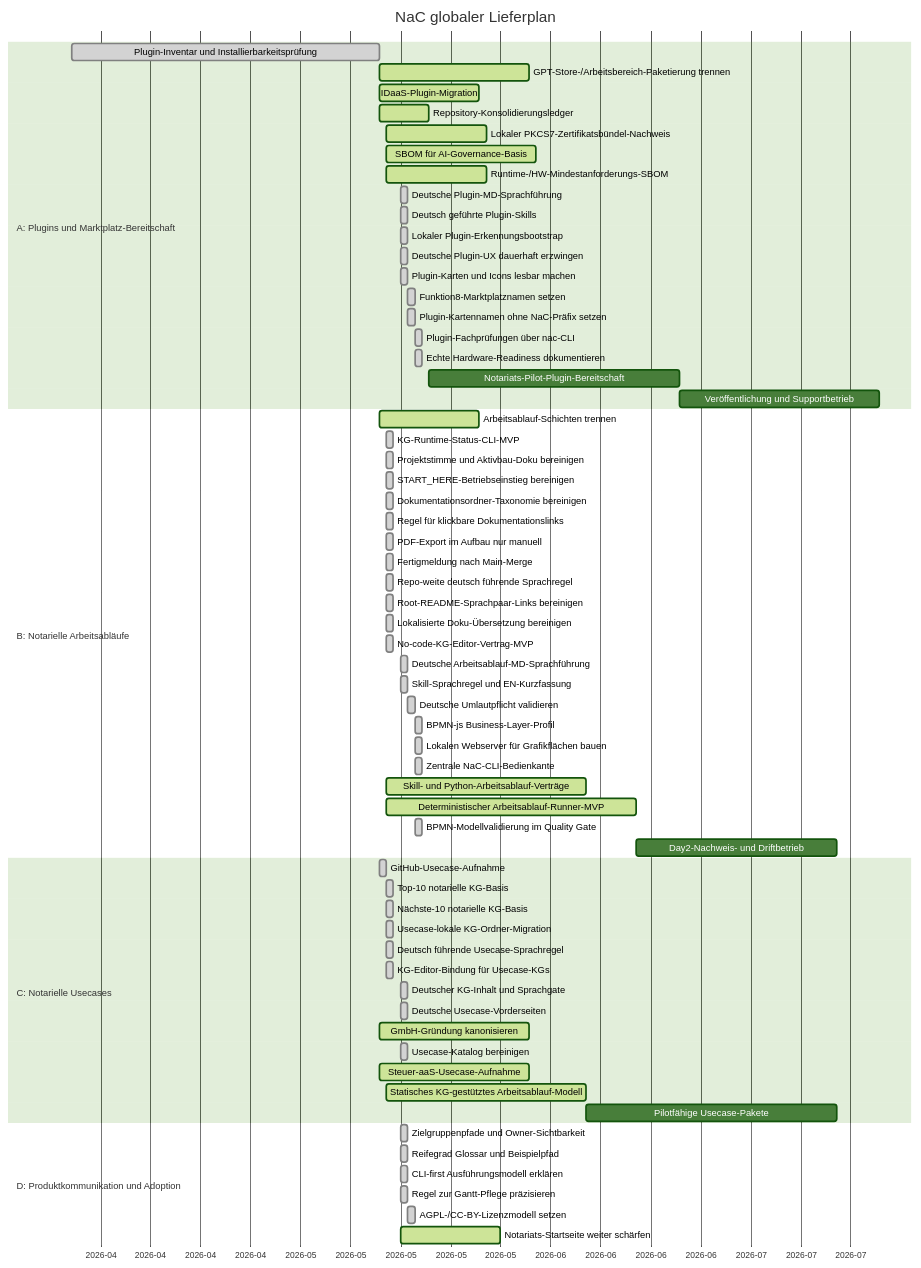
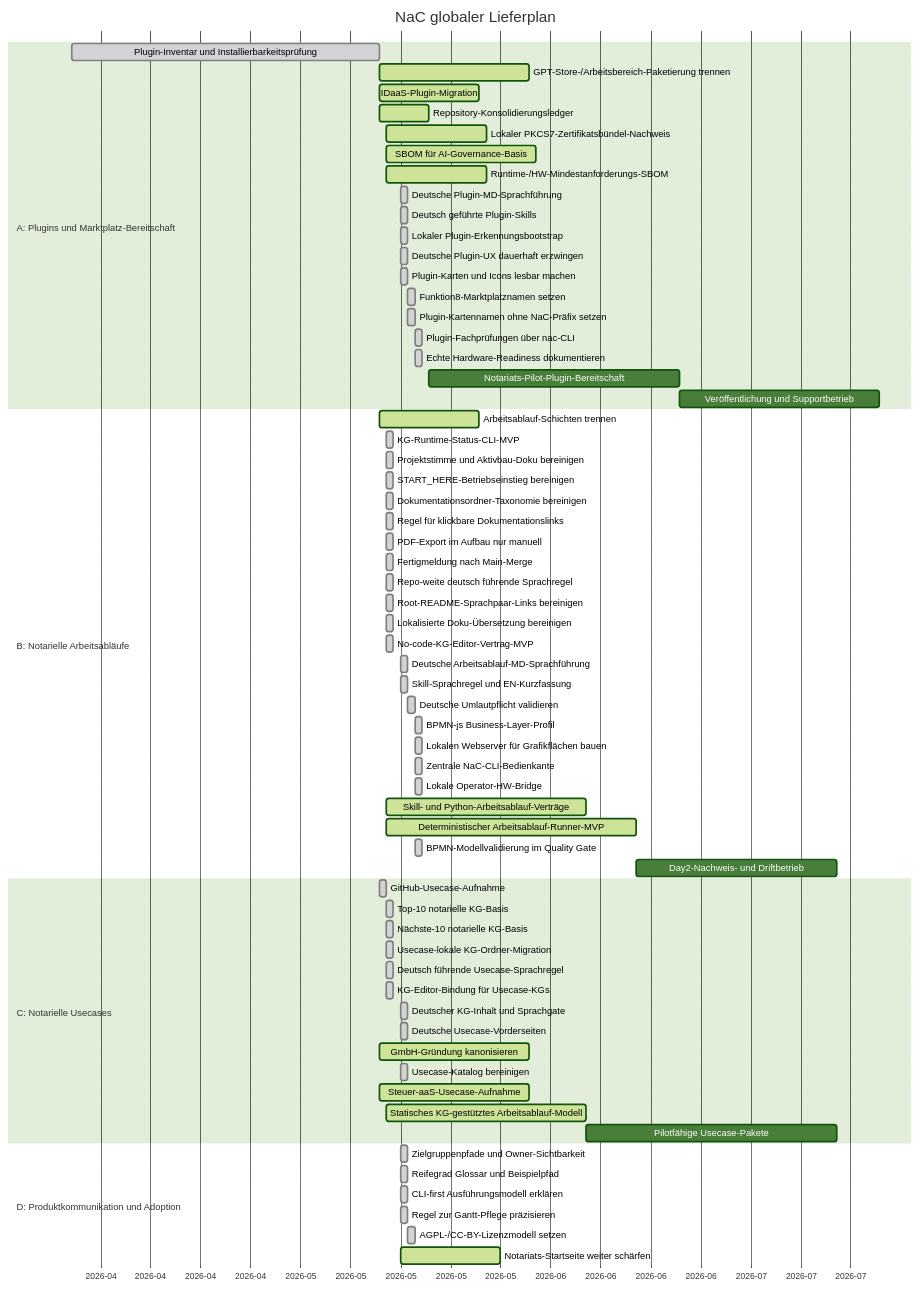
Before and after one commit to notariat8/NaC: the diagram in roadmap/GANTT.md, drawn with Mermaid (forest theme). The commit also changed other lines of this file and 19 other files, not shown here.

Commit message:
Add local operator hardware bridge

````diff
--- a/roadmap/GANTT.md
+++ b/roadmap/GANTT.md
@@ -14,73 +14,74 @@
 ```mermaid
 gantt
     title NaC globaler Lieferplan
     dateFormat  YYYY-MM-DD
     axisFormat  %Y-%m
 
     section A: Plugins und Marktplatz-Bereitschaft
     Plugin-Inventar und Installierbarkeitsprüfung :done, a1, 2026-04-01, 2026-05-14
     GPT-Store-/Arbeitsbereich-Paketierung trennen :active, a2, 2026-05-14, 21d
     IDaaS-Plugin-Migration                       :active,  a3, 2026-05-14, 14d
     Repository-Konsolidierungsledger             :active,  a4, 2026-05-14, 7d
     Lokaler PKCS7-Zertifikatsbündel-Nachweis    :active,  a4a, 2026-05-15, 14d
     SBOM für AI-Governance-Basis                :active,  a4b, 2026-05-15, 21d
     Runtime-/HW-Mindestanforderungs-SBOM         :active,  a4c, 2026-05-15, 14d
     Deutsche Plugin-MD-Sprachführung            :done,    a4d, 2026-05-17, 1d
     Deutsch geführte Plugin-Skills              :done,    a4e, 2026-05-17, 1d
     Lokaler Plugin-Erkennungsbootstrap           :done,    a4f, 2026-05-17, 1d
     Deutsche Plugin-UX dauerhaft erzwingen       :done,    a4g, 2026-05-17, 1d
     Plugin-Karten und Icons lesbar machen        :done,    a4h, 2026-05-17, 1d
     Funktion8-Marktplatznamen setzen             :done,    a4i, 2026-05-18, 1d
     Plugin-Kartennamen ohne NaC-Präfix setzen    :done,    a4j, 2026-05-18, 1d
     Plugin-Fachprüfungen über nac-CLI            :done,    a4k, 2026-05-19, 1d
     Echte Hardware-Readiness dokumentieren       :done,    a4l, 2026-05-19, 1d
     Notariats-Pilot-Plugin-Bereitschaft          :         a5, after a4, 35d
     Veröffentlichung und Supportbetrieb         :         a6, after a5, 28d
 
     section B: Notarielle Arbeitsabläufe
     Arbeitsablauf-Schichten trennen              :active,  b1, 2026-05-14, 14d
     KG-Runtime-Status-CLI-MVP                    :done,    b1a, 2026-05-15, 1d
     Projektstimme und Aktivbau-Doku bereinigen   :done,    b1b, 2026-05-15, 1d
     START_HERE-Betriebseinstieg bereinigen       :done,    b1c, 2026-05-15, 1d
     Dokumentationsordner-Taxonomie bereinigen    :done,    b1d, 2026-05-15, 1d
     Regel für klickbare Dokumentationslinks     :done,    b1e, 2026-05-15, 1d
     PDF-Export im Aufbau nur manuell             :done,    b1f, 2026-05-15, 1d
     Fertigmeldung nach Main-Merge                :done,    b1g, 2026-05-15, 1d
     Repo-weite deutsch führende Sprachregel     :done,    b1h, 2026-05-15, 1d
     Root-README-Sprachpaar-Links bereinigen      :done,    b1i, 2026-05-15, 1d
     Lokalisierte Doku-Übersetzung bereinigen    :done,    b1j, 2026-05-15, 1d
     No-code-KG-Editor-Vertrag-MVP                :done,    b1k, 2026-05-15, 1d
     Deutsche Arbeitsablauf-MD-Sprachführung     :done,    b1l, 2026-05-17, 1d
     Skill-Sprachregel und EN-Kurzfassung         :done,    b1m, 2026-05-17, 1d
     Deutsche Umlautpflicht validieren            :done,    b1n, 2026-05-18, 1d
     BPMN-js Business-Layer-Profil                :done,    b1o, 2026-05-19, 1d
     Lokalen Webserver für Grafikflächen bauen   :done,    b1p, 2026-05-19, 1d
     Zentrale NaC-CLI-Bedienkante                 :done,    b1q, 2026-05-19, 1d
+    Lokale Operator-HW-Bridge                    :done,    b1r, 2026-05-19, 1d
     Skill- und Python-Arbeitsablauf-Verträge    :active,  b2, 2026-05-15, 28d
     Deterministischer Arbeitsablauf-Runner-MVP   :active,  b3, 2026-05-15, 35d
     BPMN-Modellvalidierung im Quality Gate       :done,    b3a, 2026-05-19, 1d
     Day2-Nachweis- und Driftbetrieb              :         b4, after b3, 28d
 
     section C: Notarielle Usecases
     GitHub-Usecase-Aufnahme                      :done,    c1, 2026-05-14, 1d
     Top-10 notarielle KG-Basis                   :done,    c2, 2026-05-15, 1d
     Nächste-10 notarielle KG-Basis              :done,    c3, 2026-05-15, 1d
     Usecase-lokale KG-Ordner-Migration           :done,    c3a, 2026-05-15, 1d
     Deutsch führende Usecase-Sprachregel        :done,    c3b, 2026-05-15, 1d
     KG-Editor-Bindung für Usecase-KGs           :done,    c3c, 2026-05-15, 1d
     Deutscher KG-Inhalt und Sprachgate           :done,    c3d, 2026-05-17, 1d
     Deutsche Usecase-Vorderseiten                :done,    c3e, 2026-05-17, 1d
     GmbH-Gründung kanonisieren                  :active,  c4, 2026-05-14, 21d
     Usecase-Katalog bereinigen                 :done,    c5, 2026-05-17, 1d
     Steuer-aaS-Usecase-Aufnahme                  :active,  c6, 2026-05-14, 21d
     Statisches KG-gestütztes Arbeitsablauf-Modell :active, c7, 2026-05-15, 28d
     Pilotfähige Usecase-Pakete                  :         c8, after c7, 35d
 
     section D: Produktkommunikation und Adoption
     Zielgruppenpfade und Owner-Sichtbarkeit      :done,    d1, 2026-05-17, 1d
     Reifegrad Glossar und Beispielpfad           :done,    d1a, 2026-05-17, 1d
     CLI-first Ausführungsmodell erklären       :done,    d1b, 2026-05-17, 1d
     Regel zur Gantt-Pflege präzisieren         :done,    d1c, 2026-05-17, 1d
     AGPL-/CC-BY-Lizenzmodell setzen              :done,    d1d, 2026-05-18, 1d
     Notariats-Startseite weiter schärfen        :active,  d2, 2026-05-17, 14d
 ```
````
